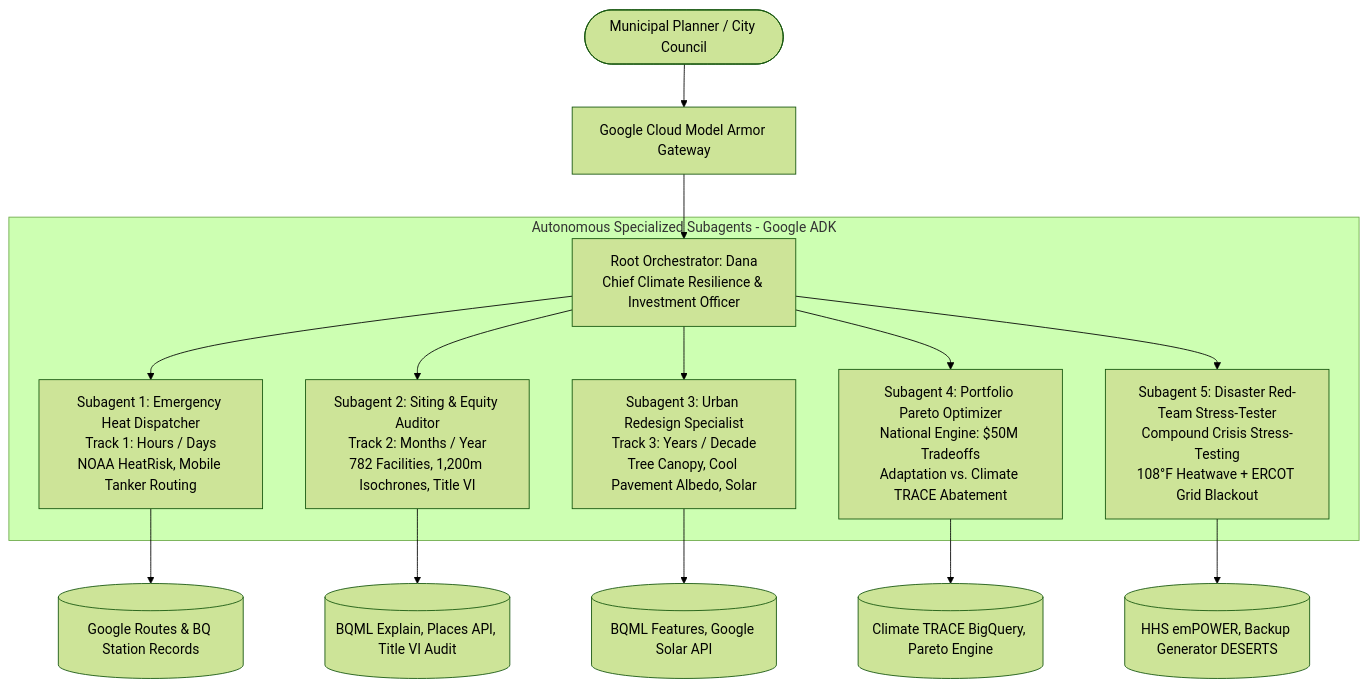
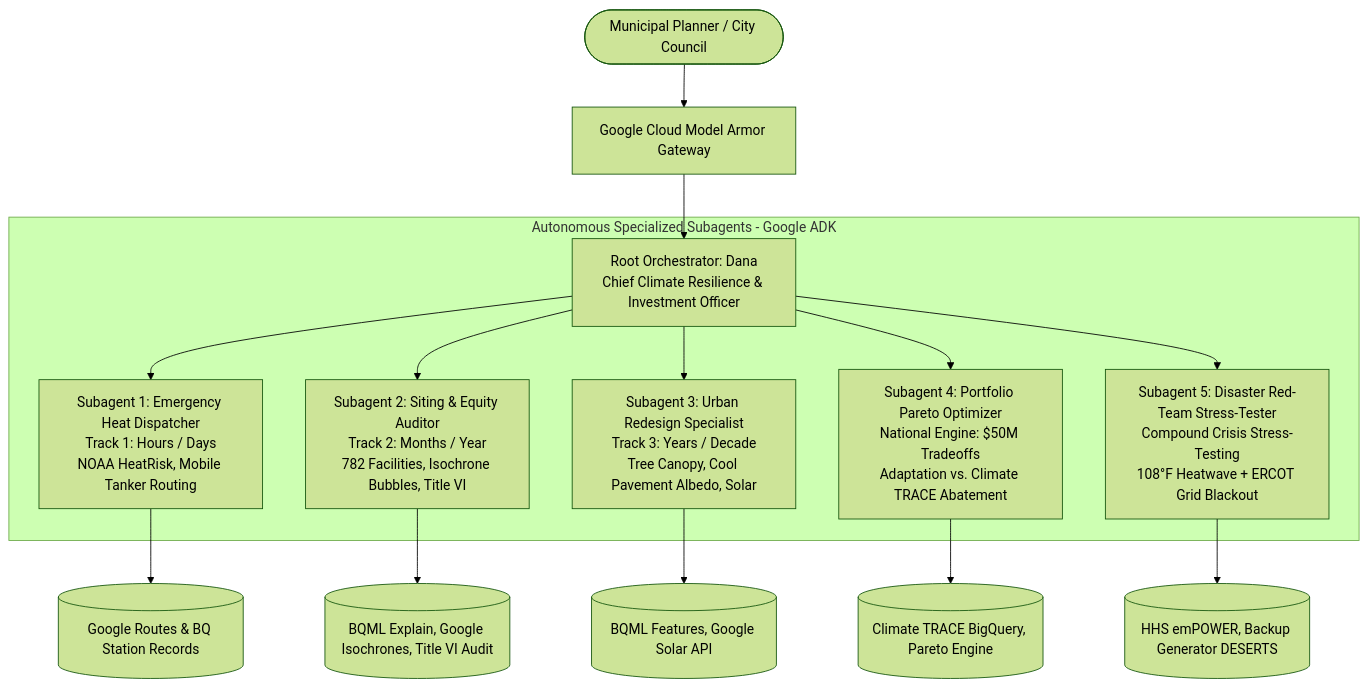
The second of 2 diagrams in IMPLEMENTATION_PLAN.md (UrbanHeatOrg/UrbanHeat), drawn with Mermaid (forest theme) before and after one commit. The commit also changed other lines of this file and 7 other files, not shown here.

Commit message:
feat: Add Google Isochrones API cooling accessibility bubbles, 3D volumetric protective domes, and interactive walking physics

````diff
--- a/IMPLEMENTATION_PLAN.md
+++ b/IMPLEMENTATION_PLAN.md
@@ -154,19 +107,19 @@
 ```mermaid
 graph TD
     User([Municipal Planner / City Council]) --> Armor[Google Cloud Model Armor Gateway]
     Armor --> Root[Root Orchestrator: Dana<br/>Chief Climate Resilience & Investment Officer]
     
     subgraph MultiAgentCouncil [Autonomous Specialized Subagents - Google ADK]
         Root --> A1[Subagent 1: Emergency Heat Dispatcher<br/>Track 1: Hours / Days<br/>NOAA HeatRisk, Mobile Tanker Routing]
-        Root --> A2[Subagent 2: Siting & Equity Auditor<br/>Track 2: Months / Year<br/>782 Facilities, 1,200m Isochrones, Title VI]
+        Root --> A2[Subagent 2: Siting & Equity Auditor<br/>Track 2: Months / Year<br/>782 Facilities, Isochrone Bubbles, Title VI]
         Root --> A3[Subagent 3: Urban Redesign Specialist<br/>Track 3: Years / Decade<br/>Tree Canopy, Cool Pavement Albedo, Solar]
         Root --> A4[Subagent 4: Portfolio Pareto Optimizer<br/>National Engine: $50M Tradeoffs<br/>Adaptation vs. Climate TRACE Abatement]
         Root --> A5[Subagent 5: Disaster Red-Team Stress-Tester<br/>Compound Crisis Stress-Testing<br/>108°F Heatwave + ERCOT Grid Blackout]
     end
 
     A1 --> Tools1[(Google Routes & BQ Station Records)]
-    A2 --> Tools2[(BQML Explain, Places API, Title VI Audit)]
+    A2 --> Tools2[(BQML Explain, Google Isochrones, Title VI Audit)]
     A3 --> Tools3[(BQML Features, Google Solar API)]
     A4 --> Tools4[(Climate TRACE BigQuery, Pareto Engine)]
     A5 --> Tools5[(HHS emPOWER, Backup Generator DESERTS)]
 ```
````
